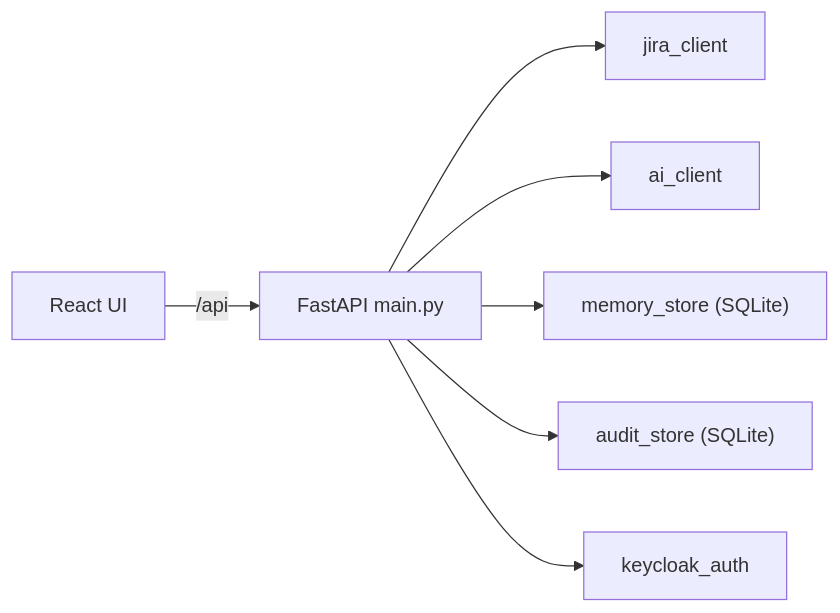
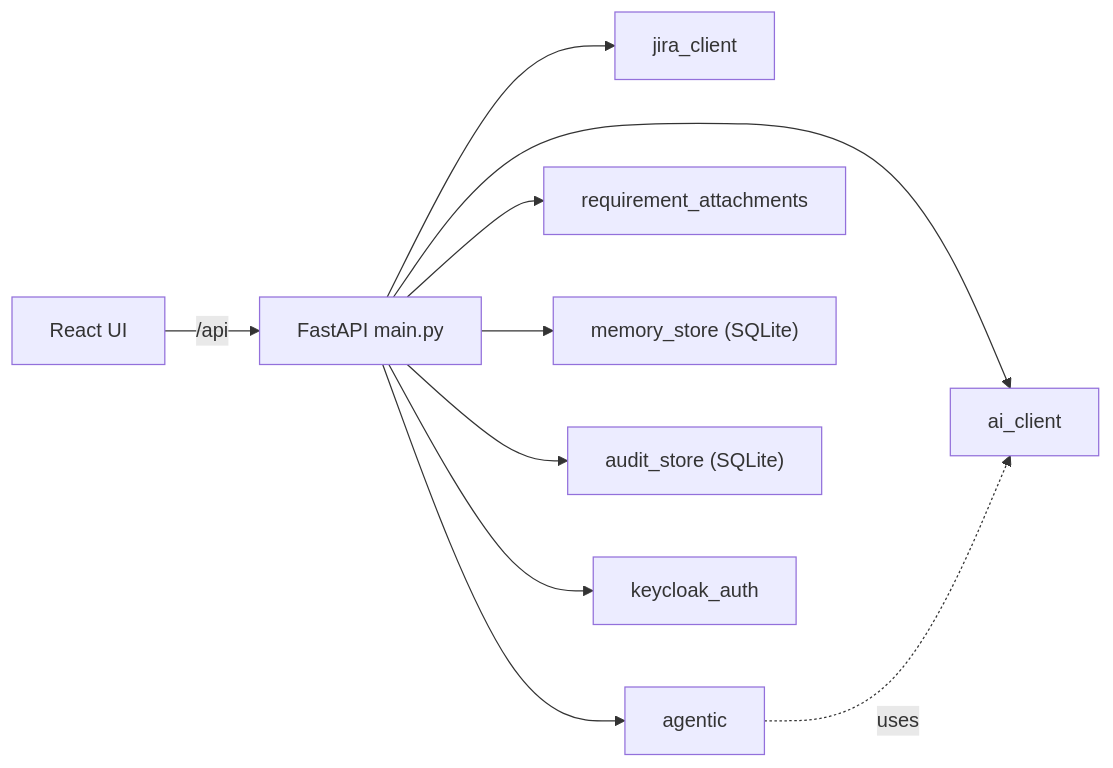
Before and after one commit to prashant1507/test-intellect-ai: the diagram in README.md, drawn with Mermaid.

````diff
--- a/README.md
+++ b/README.md
@@ -39,9 +39,12 @@
 ```mermaid
 flowchart LR
   UI["React UI"] -->|/api| API["FastAPI main.py"]
   API --> JIRA["jira_client"]
   API --> LLM["ai_client"]
+  API --> AG["agentic"]
+  API --> IMG["requirement_attachments"]
   API --> MEM["memory_store (SQLite)"]
   API --> AUD["audit_store (SQLite)"]
   API --> KC["keycloak_auth"]
+  AG -.->|uses| LLM
 ```
````
